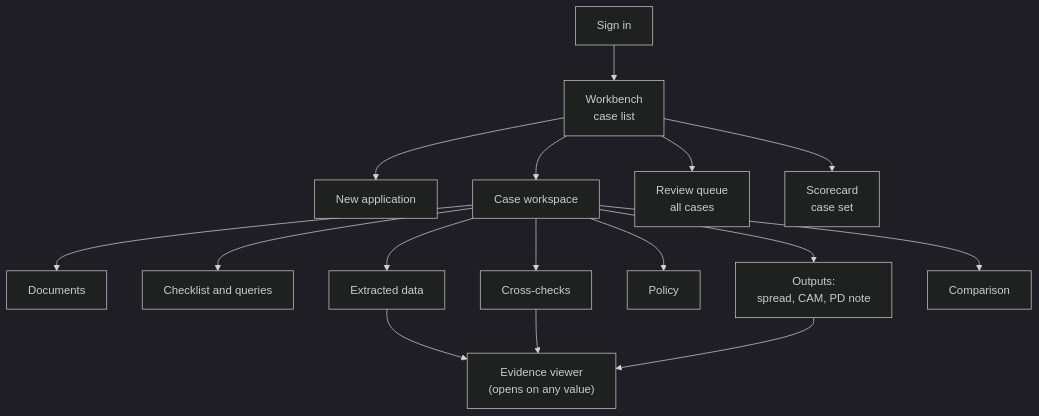
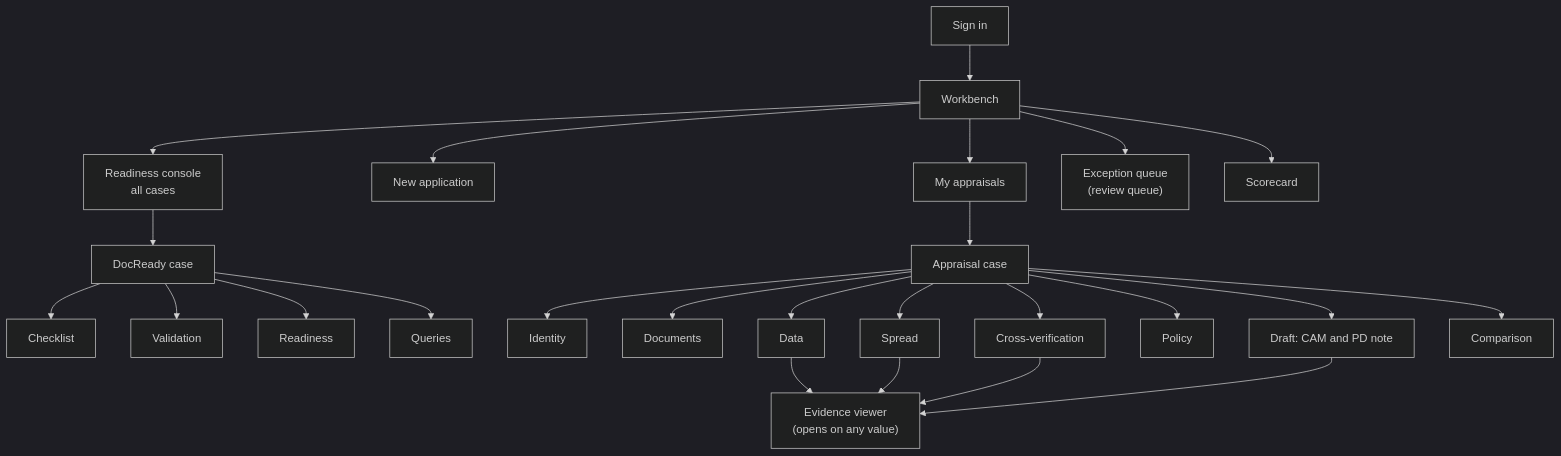
The second of 12 diagrams in docs/functional-requirements.md (kunal-s/creditiq-poc), drawn with Mermaid (dark theme) before and after one commit. The commit also changed other lines of this file and 1 other file, not shown here.

Commit message:
FRD: architecture decisions AD-1 to AD-6, prototype screen map, decisions 1 and 3 closed

````diff
--- a/docs/functional-requirements.md
+++ b/docs/functional-requirements.md
@@ -179,18 +187,27 @@
 ```mermaid
 flowchart TB
-  SI["Sign in"] --> WB["Workbench<br/>case list"]
+  SI["Sign in"] --> WB["Workbench"]
+  WB --> AP["My appraisals"]
   WB --> NA["New application"]
-  WB --> CW["Case workspace"]
-  WB --> RQ["Review queue<br/>all cases"]
-  WB --> SC["Scorecard<br/>case set"]
-  CW --> T1["Documents"]
-  CW --> T2["Checklist and queries"]
-  CW --> T3["Extracted data"]
-  CW --> T4["Cross-checks"]
-  CW --> T5["Policy"]
-  CW --> T6["Outputs:<br/>spread, CAM, PD note"]
-  CW --> T7["Comparison"]
-  T3 --> EV["Evidence viewer<br/>(opens on any value)"]
-  T4 --> EV
-  T6 --> EV
+  WB --> RC["Readiness console<br/>all cases"]
+  WB --> EQ["Exception queue<br/>(review queue)"]
+  WB --> SC["Scorecard"]
+  RC --> DR["DocReady case"]
+  DR --> D1["Checklist"]
+  DR --> D2["Validation"]
+  DR --> D3["Readiness"]
+  DR --> D4["Queries"]
+  AP --> AW["Appraisal case"]
+  AW --> A1["Identity"]
+  AW --> A2["Documents"]
+  AW --> A3["Data"]
+  AW --> A4["Spread"]
+  AW --> A5["Cross-verification"]
+  AW --> A6["Policy"]
+  AW --> A7["Draft: CAM and PD note"]
+  AW --> A8["Comparison"]
+  A3 --> EV["Evidence viewer<br/>(opens on any value)"]
+  A4 --> EV
+  A5 --> EV
+  A7 --> EV
 ```
````
